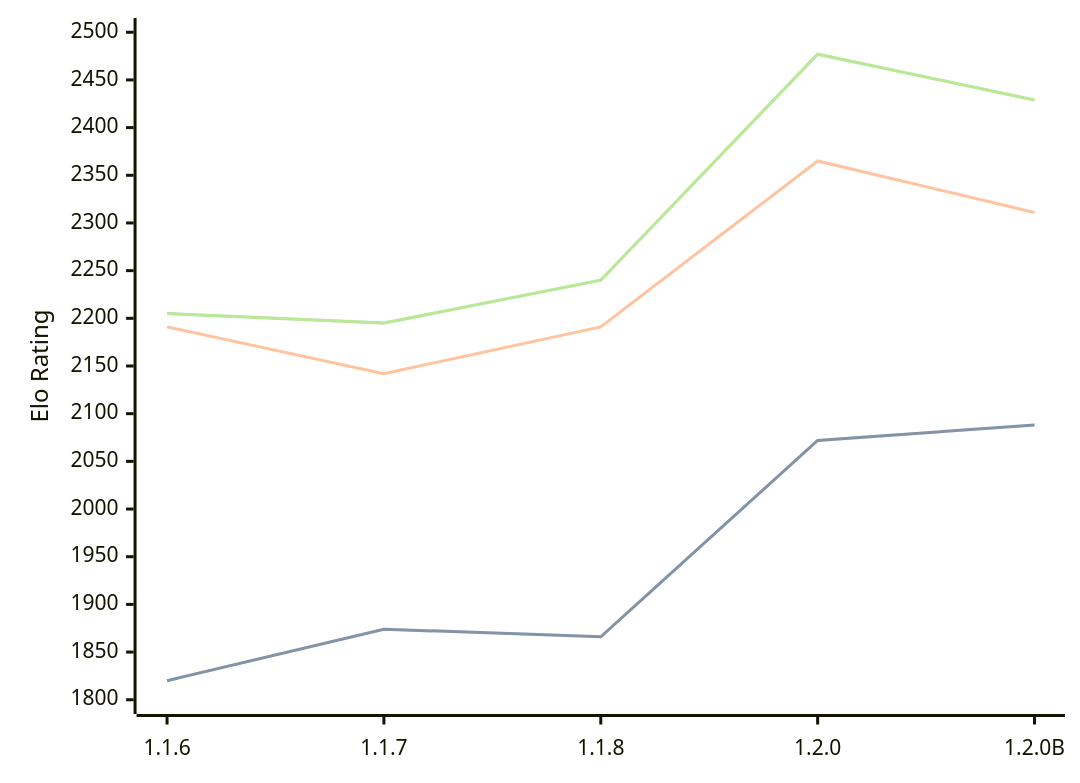
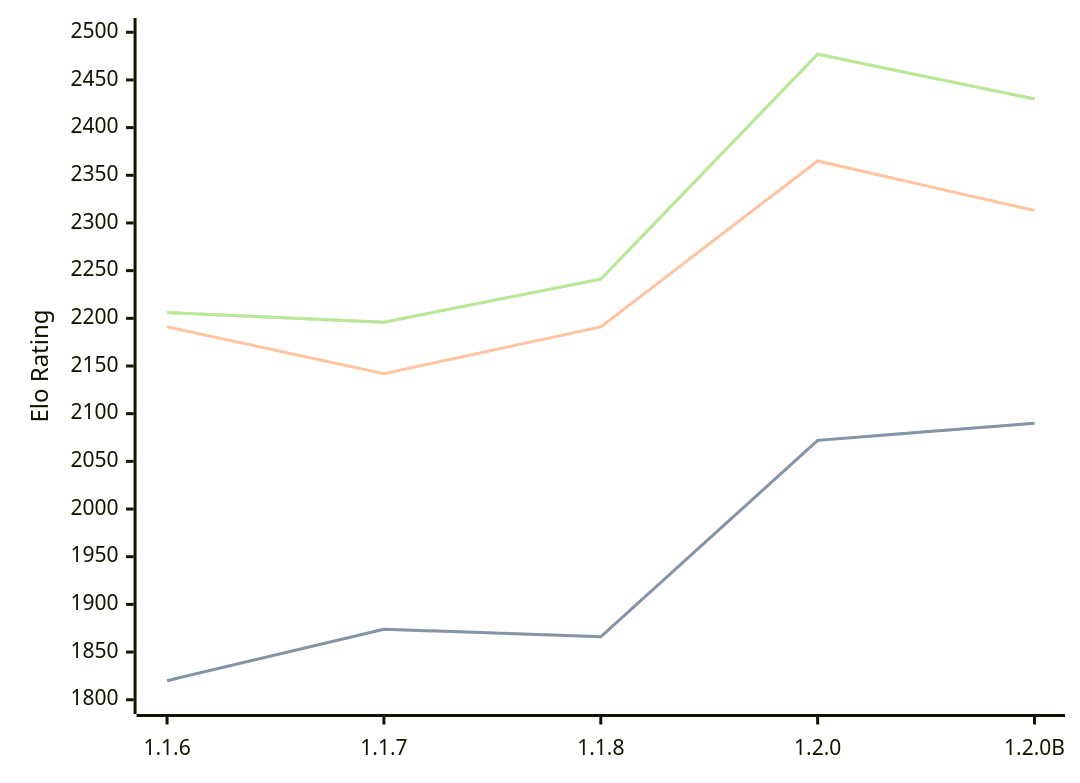
One commit to computer-chess-index/cci changed the diagram in engines/Soomi.md. Above: the diagram before and after it, drawn with Mermaid. The commit also changed other lines of this file, not shown here.

Commit message:
Update CCI Ratings (ELO VLTC) - 2026-05-04

````diff
--- a/engines/Soomi.md
+++ b/engines/Soomi.md
@@ -35,11 +35,11 @@
 ```mermaid
 %%{init: {"theme":"base","themeVariables":{"seriesColors:['#a3a3a3','#222221','#faa371']}}}%%
 xychart-beta
   x-axis ["1.1.6", "1.1.7", "1.1.8", "1.2.0", "1.2.0B"]
   y-axis "Elo Rating" 1800 --> 2500
-  line "STC (8.0+0.08s)" [1820, 1874, 1866, 2072, 2088]
-  line "STC (8.0+0.08s)" [1820, 1874, 1866, 2072, 2088]
-  line "LTC (60.0+0.60s)" [2191, 2142, 2191, 2365, 2311]
-  line "VLTC (2m24s+1.12s)" [2205, 2195, 2240, 2477, 2429]
-  line "VLTC (2m24s+1.12s)" [2205, 2195, 2240, 2477, 2429]
+  line "STC (8.0+0.08s)" [1820, 1874, 1866, 2072, 2090]
+  line "STC (8.0+0.08s)" [1820, 1874, 1866, 2072, 2090]
+  line "LTC (60.0+0.60s)" [2191, 2142, 2191, 2365, 2313]
+  line "VLTC (2m24s+1.12s)" [2206, 2196, 2241, 2477, 2430]
+  line "VLTC (2m24s+1.12s)" [2206, 2196, 2241, 2477, 2430]
 ```
````
